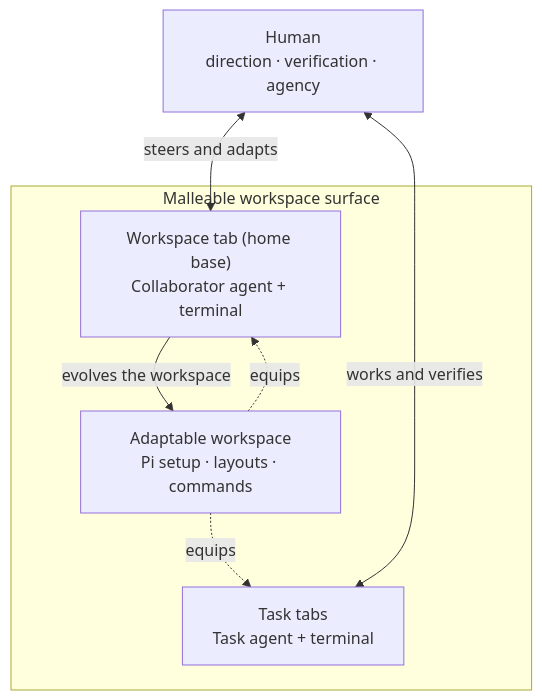
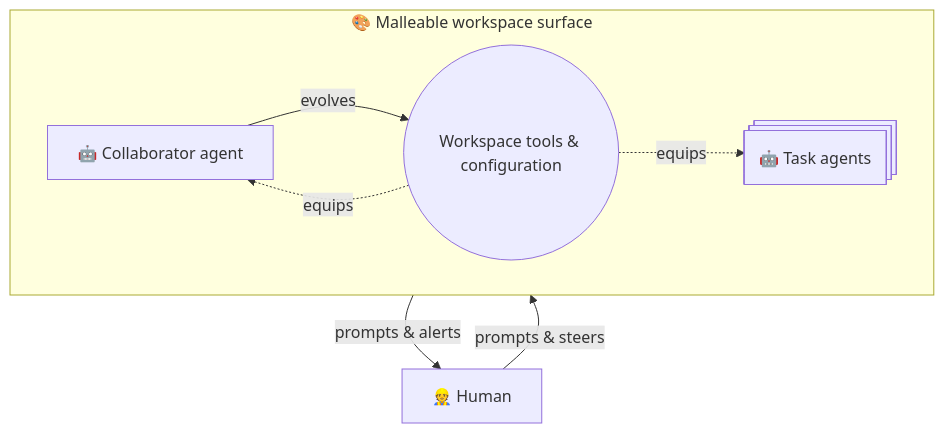
One commit to chrisjaure/agent-workspace changed the diagram in README.md. Above: the diagram before and after it, drawn with Mermaid. The commit also changed other lines of this file, not shown here.

Commit message:
docs: better diagram

````diff
--- a/README.md
+++ b/README.md
@@ -26,17 +5,18 @@
 ```mermaid
-flowchart TB
-    human["Human<br/>direction · verification · agency"]
+flowchart TD
+    human["👷 Human"]
 
-    subgraph surface["Malleable workspace surface"]
-        home["Workspace tab (home base)<br/>Collaborator agent + terminal"]
-        tasks["Task tabs<br/>Task agent + terminal"]
-        harness["Adaptable workspace<br/>Pi setup · layouts · commands"]
+    subgraph surface["🎨 Malleable workspace surface"]
+        direction LR
+        home["🤖 Collaborator agent"]
+        tasks@{ shape: st-rect, label: "🤖 Task agents" }
+        harness(("Workspace tools & configuration"))
 
-        home -->|"evolves the workspace"| harness
+        home -->|"evolves"| harness
         harness -.->|"equips"| home
         harness -.->|"equips"| tasks
     end
 
-    human <-->|"steers and adapts"| home
-    human <-->|"works and verifies"| tasks
+    human -->|"prompts & steers "| surface
+    surface -->|"prompts & alerts"| human
 ```
````
